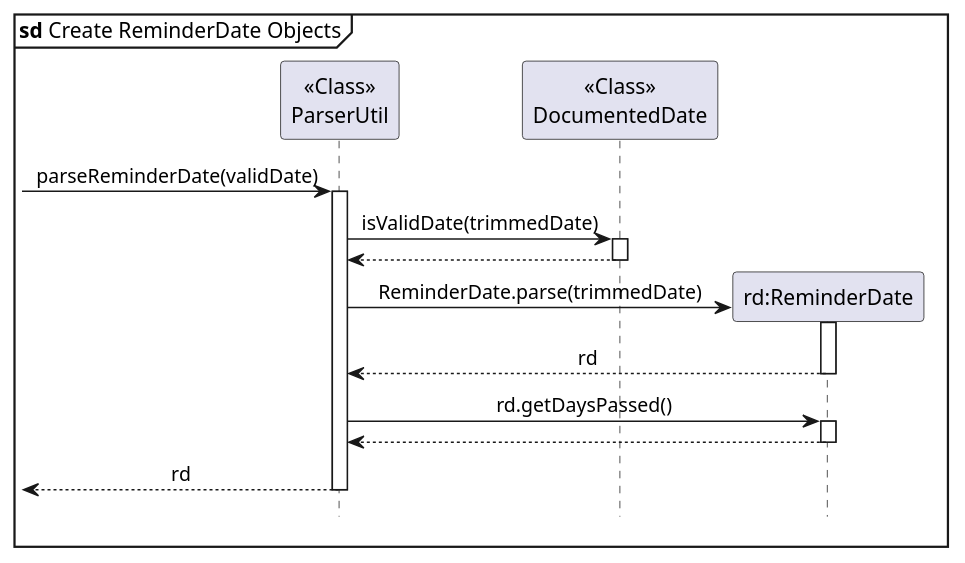
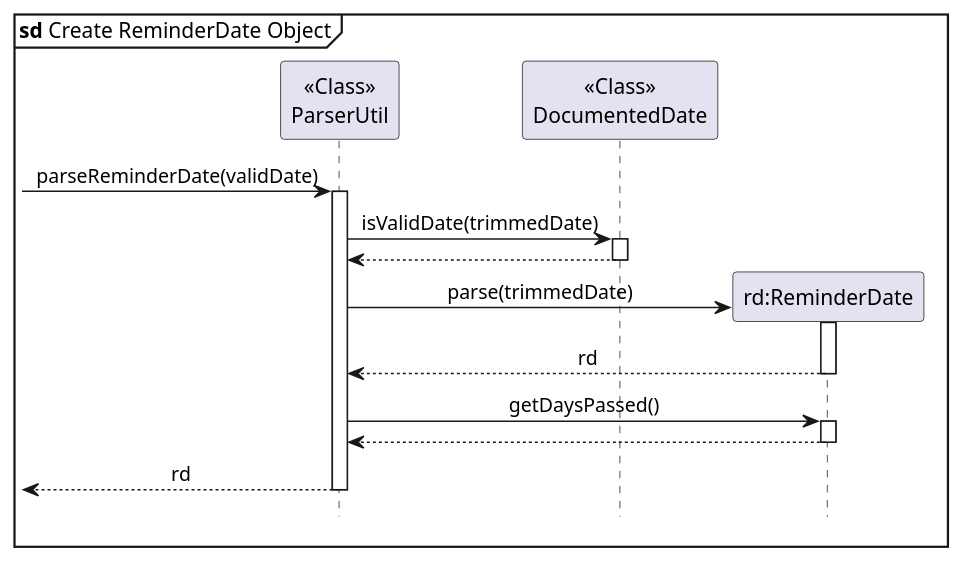
Before and after one commit to pyk595/tp: the diagram in docs/diagrams/ReminderDateCreationSequenceDiagram.puml, drawn with PlantUML. The commit also changed 5 other files, not shown here.

```diff
--- a/docs/diagrams/ReminderDateCreationSequenceDiagram.puml
+++ b/docs/diagrams/ReminderDateCreationSequenceDiagram.puml
@@ -1,42 +1,42 @@
 @startuml
 'https://plantuml.com/sequence-diagram
 
-mainframe **sd** Create ReminderDate Objects
+mainframe **sd** Create ReminderDate Object
 hide footbox
 
 skinparam Sequence {
     MessageAlign center
     BoxFontSize 15
     BoxPadding 0
     BoxFontColor #FFFFFF
     FontName Arial
 }
 Participant "<<Class>>\nParserUtil" as util
 Participant "<<Class>>\nDocumentedDate" as dd
 Participant "rd:ReminderDate" as rd
 
 
 ->util: parseReminderDate(validDate)
 activate util
 
 util -> dd: isValidDate(trimmedDate)
 activate dd
 dd --> util
 deactivate dd
 
 Create rd
-util -> rd: ReminderDate.parse(trimmedDate)
+util -> rd: parse(trimmedDate)
 activate rd
 
 rd --> util: rd
 deactivate rd
 
-util -> rd: rd.getDaysPassed()
+util -> rd: getDaysPassed()
 activate rd
 rd --> util
 deactivate rd
 
 <--util: rd
 deactivate util
 
 @enduml
```
